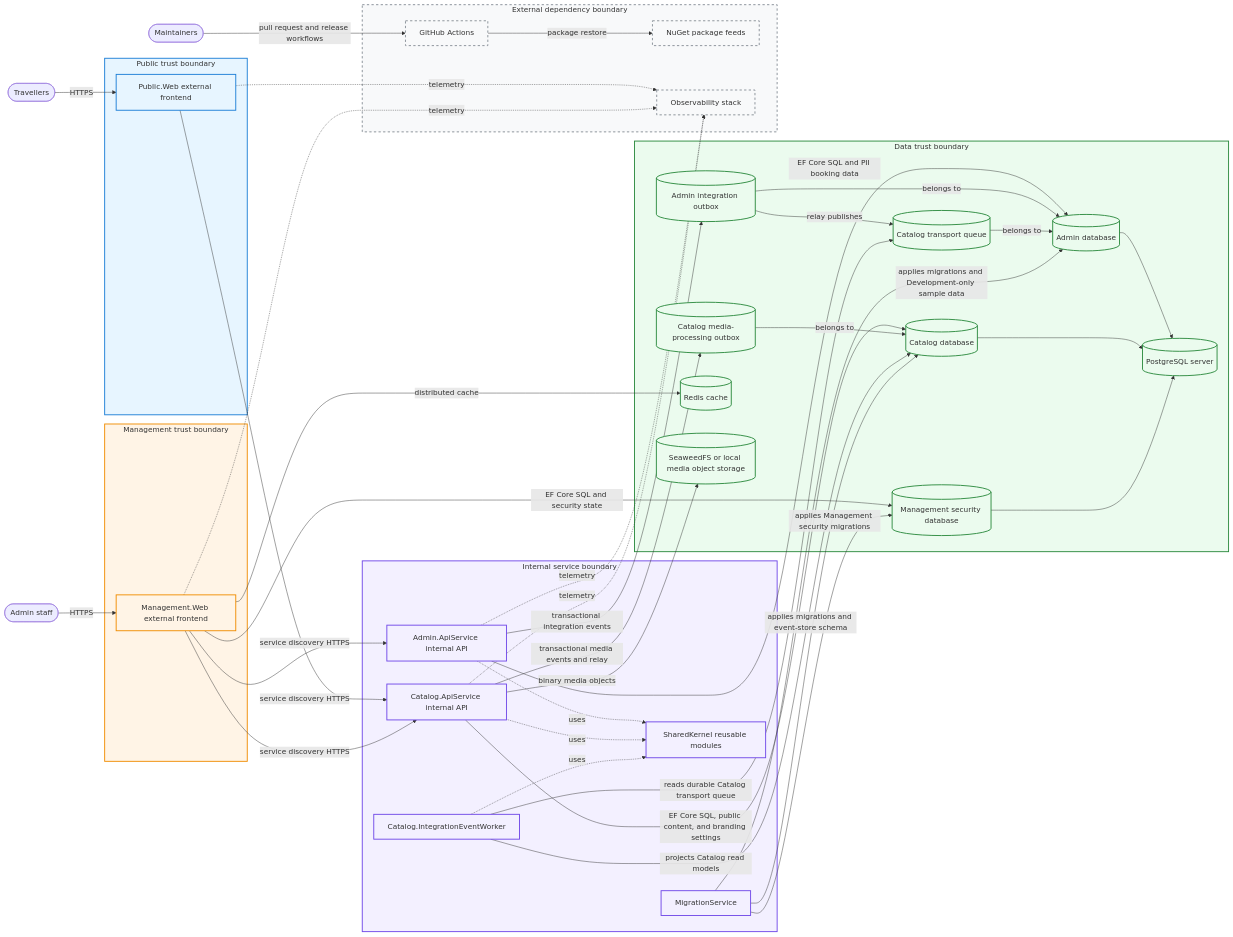
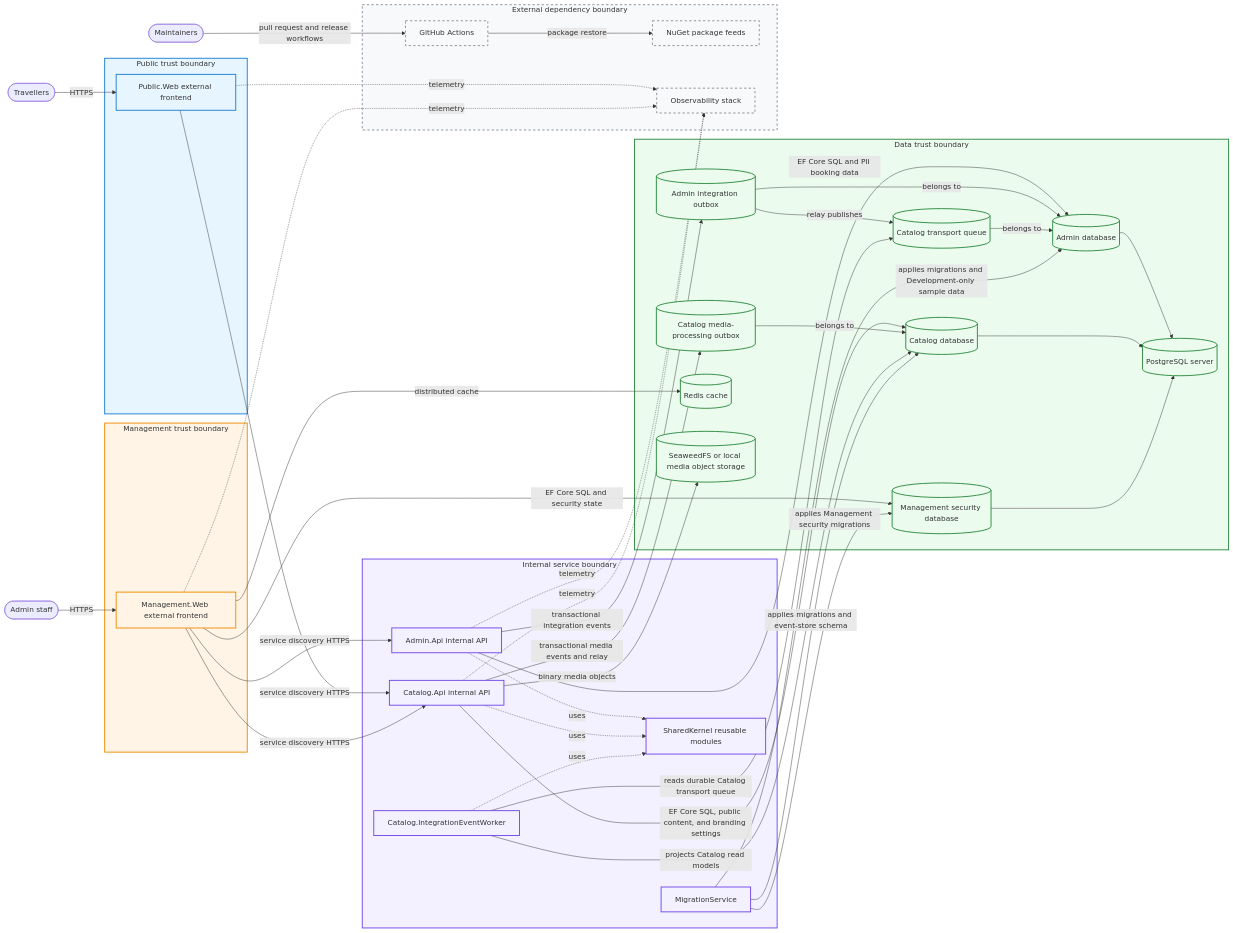
The diagram in docs/architecture/system-overview.md (danigutsch/ViajantesTurismo), drawn with Mermaid before and after one commit. The commit also changed 250 other files, not shown here.

Commit message:
refactor(api): rename Admin and Catalog API projects

```diff
--- a/docs/architecture/system-overview.md
+++ b/docs/architecture/system-overview.md
@@ -27,8 +27,8 @@
         managementWeb[Management.Web external frontend]
     end
     subgraph internalBoundary[Internal service boundary]
-        adminApi[Admin.ApiService internal API]
-        catalogApi[Catalog.ApiService internal API]
+        adminApi[Admin.Api internal API]
+        catalogApi[Catalog.Api internal API]
         worker[Catalog.IntegrationEventWorker]
         migration[MigrationService]
         sharedKernel[SharedKernel reusable modules]
```
